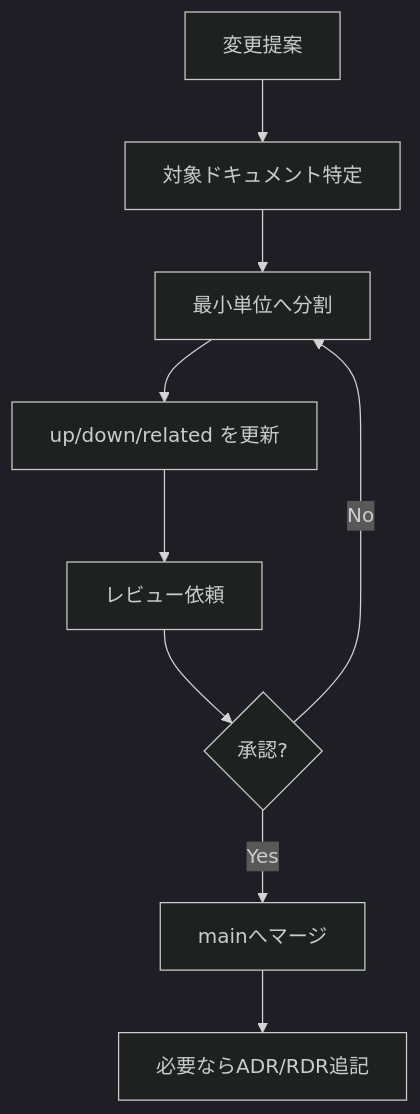
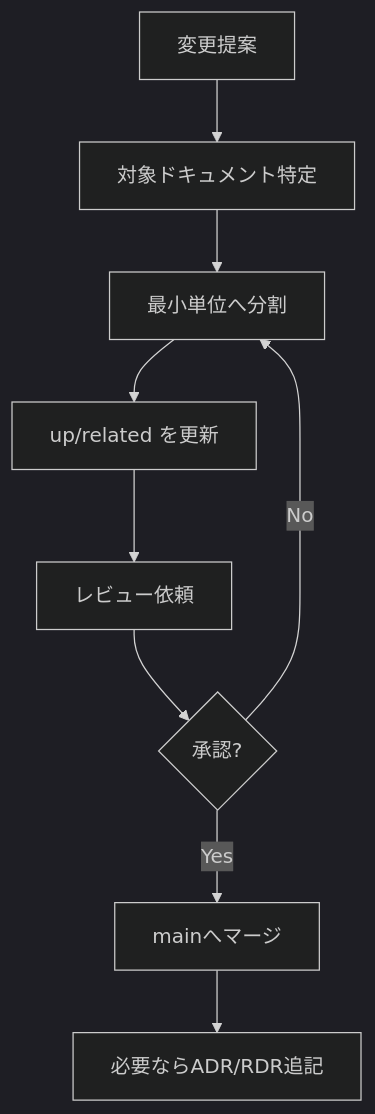
One commit to tsuji-tomonori/cornellnoteweb-docs-complete-docops changed the diagram in docs/1.要求(RQ)/81.ドキュメント更新フローと受け入れ基準(DG)/RQ-DG-001.md. Above: the diagram before and after it, drawn with Mermaid (dark theme). The commit also changed other lines of this file and 4 other files, not shown here.

````diff
--- a/docs/1.要求(RQ)/81.ドキュメント更新フローと受け入れ基準(DG)/RQ-DG-001.md
+++ b/docs/1.要求(RQ)/81.ドキュメント更新フローと受け入れ基準(DG)/RQ-DG-001.md
@@ -25,11 +25,11 @@
 ```mermaid
 flowchart TD
   A[変更提案] --> B[対象ドキュメント特定]
   B --> C[最小単位へ分割]
-  C --> D[up/down/related を更新]
+  C --> D[up/related を更新]
   D --> E[レビュー依頼]
   E --> F{承認?}
   F -- Yes --> G[mainへマージ]
   F -- No --> C
   G --> H[必要ならADR/RDR追記]
 ```
````
